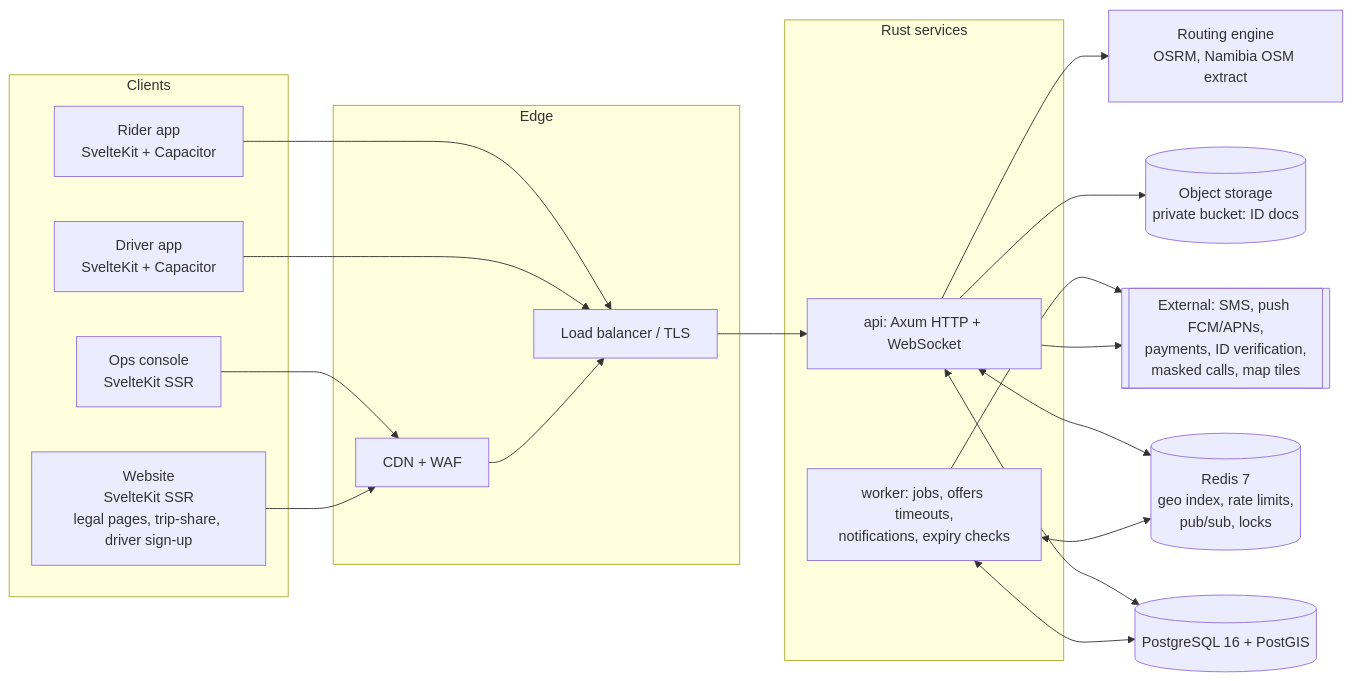
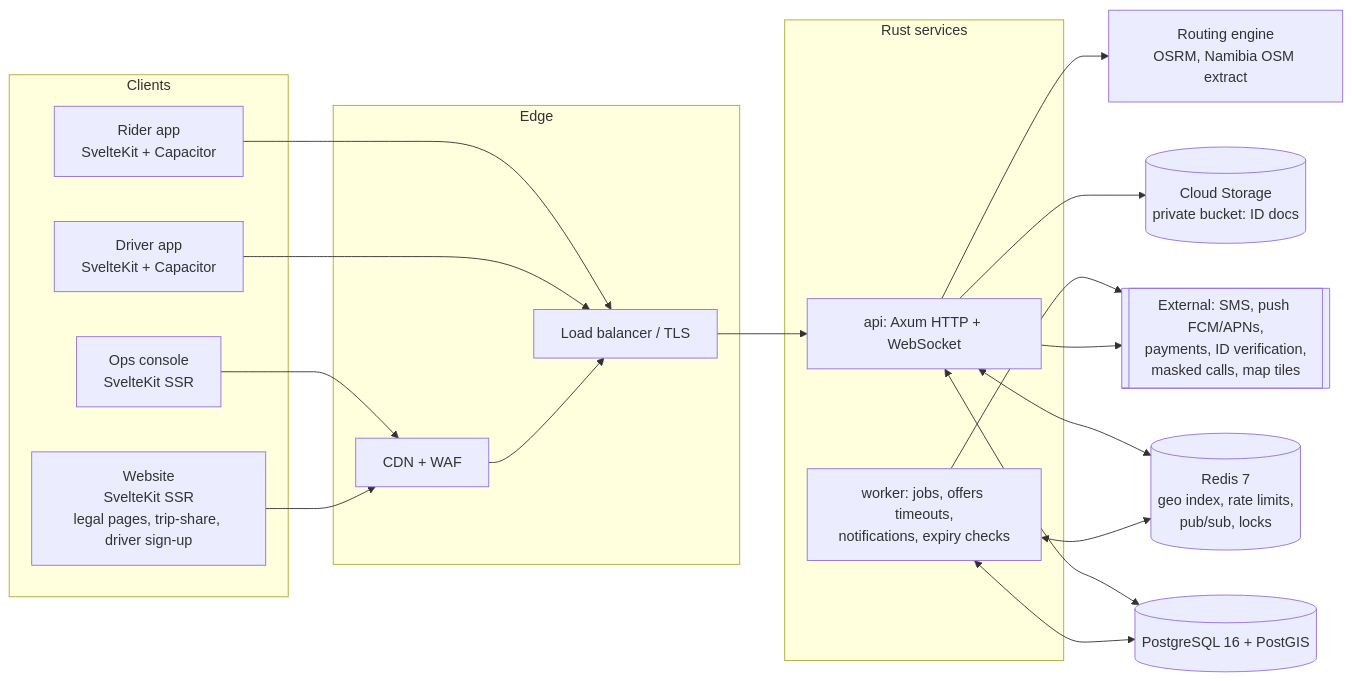
One commit to Paavo12/VARA changed the diagram in docs/02-technical-requirements.md. Above: the diagram before and after it, drawn with Mermaid. The commit also changed other lines of this file and 1 other file, not shown here.

Commit message:
Docs: Google Cloud instead of AWS; staging and Phase 2 status

````diff
--- a/docs/02-technical-requirements.md
+++ b/docs/02-technical-requirements.md
@@ -14,34 +14,34 @@
 ```mermaid
 flowchart LR
   subgraph Clients
     R[Rider app<br/>SvelteKit + Capacitor]
     D[Driver app<br/>SvelteKit + Capacitor]
     O[Ops console<br/>SvelteKit SSR]
     W[Website<br/>SvelteKit SSR<br/>legal pages, trip-share, driver sign-up]
   end
   subgraph Edge
     CDN[CDN + WAF]
     LB[Load balancer / TLS]
   end
   subgraph Backend [Rust services]
     API[api: Axum HTTP + WebSocket]
     WK[worker: jobs, offers timeouts,<br/>notifications, expiry checks]
   end
   PG[(PostgreSQL 16 + PostGIS)]
   RD[(Redis 7<br/>geo index, rate limits,<br/>pub/sub, locks)]
-  S3[(Object storage<br/>private bucket: ID docs)]
+  GCS[(Cloud Storage<br/>private bucket: ID docs)]
   RT[Routing engine<br/>OSRM, Namibia OSM extract]
   EXT[[External: SMS, push FCM/APNs,<br/>payments, ID verification,<br/>masked calls, map tiles]]
 
   R & D --> LB
   O & W --> CDN --> LB
   LB --> API
   API <--> PG
   API <--> RD
-  API --> S3
+  API --> GCS
   API --> RT
   WK <--> PG
   WK <--> RD
   WK --> EXT
   API --> EXT
 ```
````
